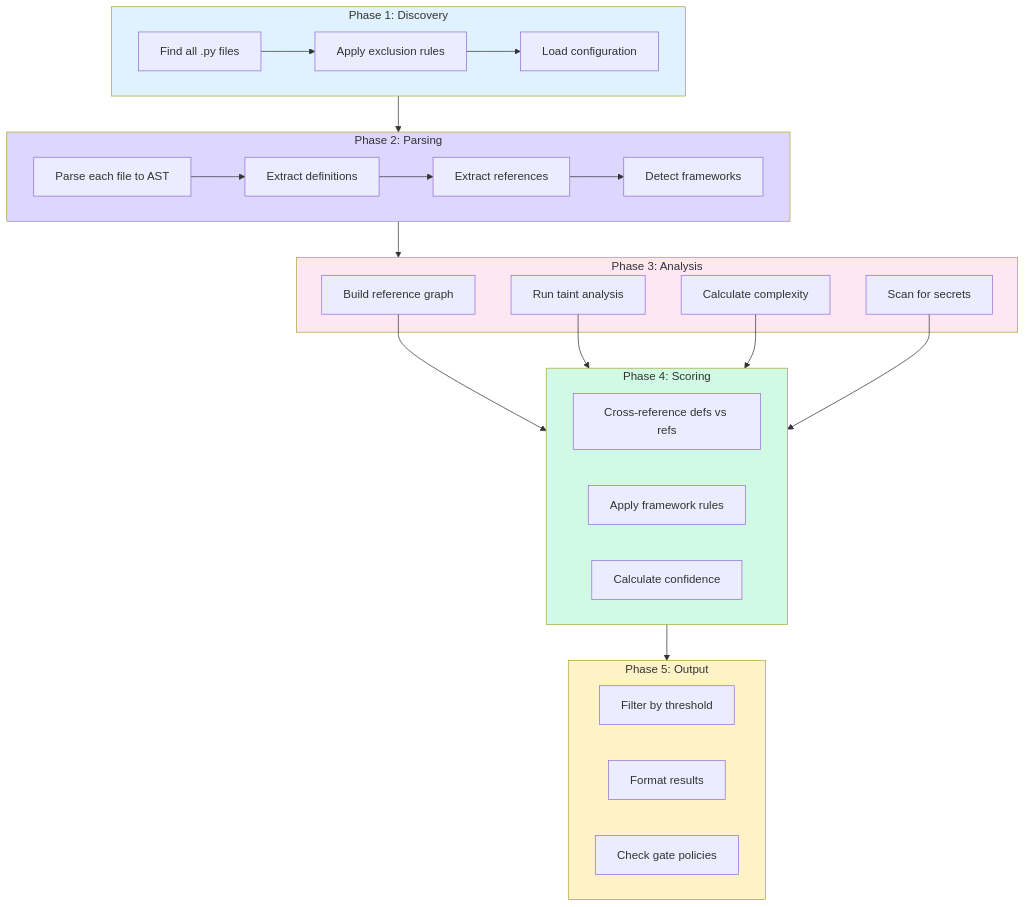
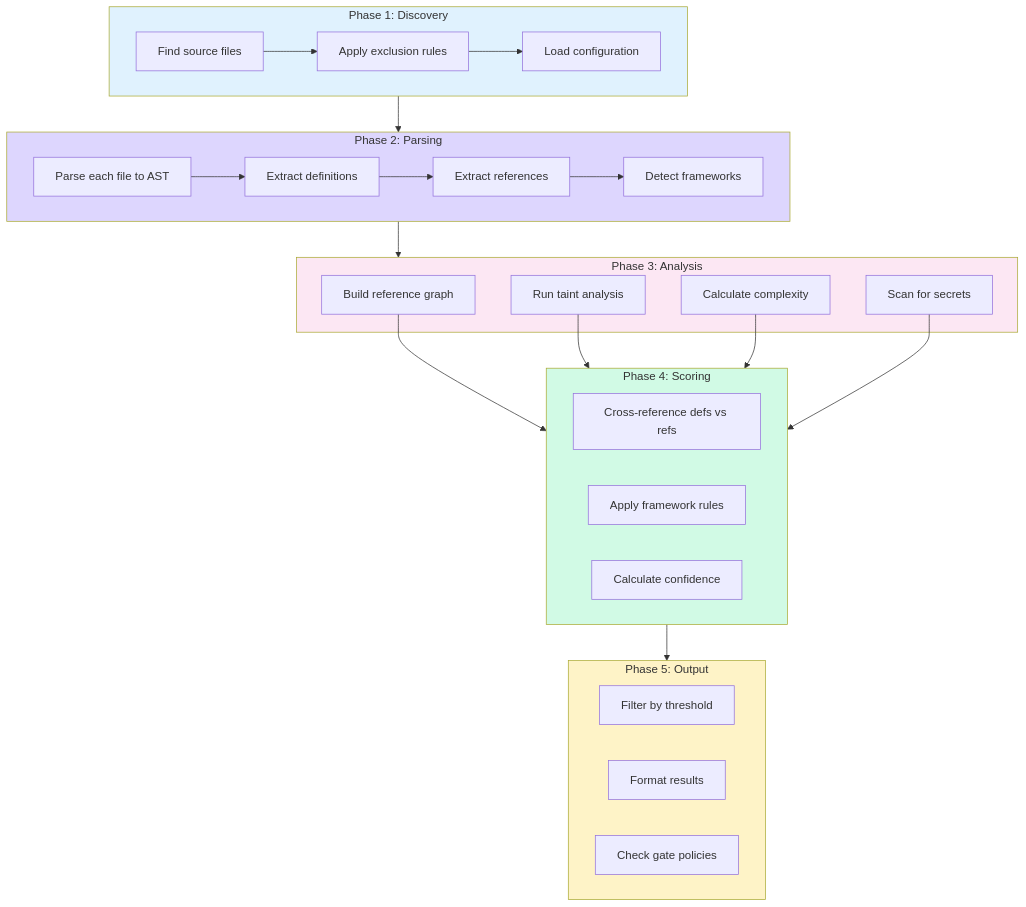
The first of 7 diagrams in docs/guides/how-it-works.mdx (duriantaco/skylos-docs), drawn with Mermaid before and after one commit. The commit also changed other lines of this file and 59 other files, not shown here.

````diff
--- a/docs/guides/how-it-works.mdx
+++ b/docs/guides/how-it-works.mdx
@@ -12,46 +12,46 @@
 ```mermaid
 flowchart TB
     subgraph Phase1["Phase 1: Discovery"]
-        A[Find all .py files] --> B[Apply exclusion rules]
+        A[Find source files] --> B[Apply exclusion rules]
         B --> C[Load configuration]
     end
     
     subgraph Phase2["Phase 2: Parsing"]
         D[Parse each file to AST] --> E[Extract definitions]
         E --> F[Extract references]
         F --> G[Detect frameworks]
     end
     
     subgraph Phase3["Phase 3: Analysis"]
         H[Build reference graph]
         I[Run taint analysis]
         J[Calculate complexity]
         K[Scan for secrets]
     end
     
     subgraph Phase4["Phase 4: Scoring"]
         L[Cross-reference defs vs refs]
         M[Apply framework rules]
         N[Calculate confidence]
     end
     
     subgraph Phase5["Phase 5: Output"]
         O[Filter by threshold]
         P[Format results]
         Q[Check gate policies]
     end
     
     Phase1 --> Phase2
     Phase2 --> Phase3
     H --> Phase4
     I --> Phase4
     J --> Phase4
     K --> Phase4
     Phase4 --> Phase5
     
     style Phase1 fill:#e0f2fe
     style Phase2 fill:#ddd6fe
     style Phase3 fill:#fce7f3
     style Phase4 fill:#d1fae5
     style Phase5 fill:#fef3c7
 ```
````
